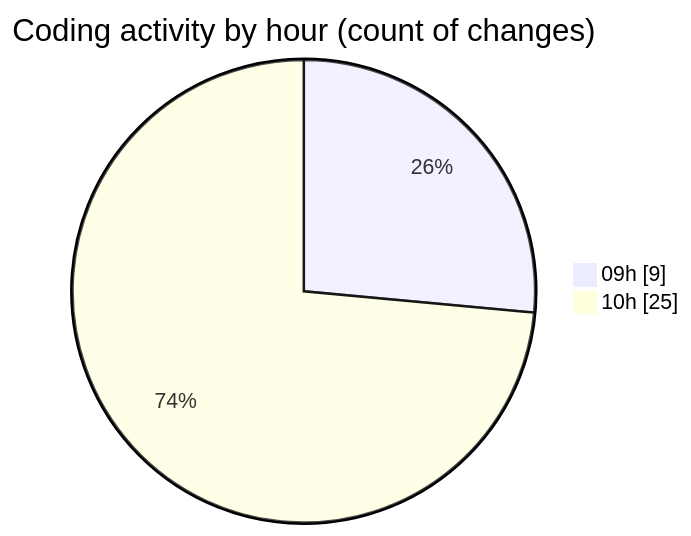
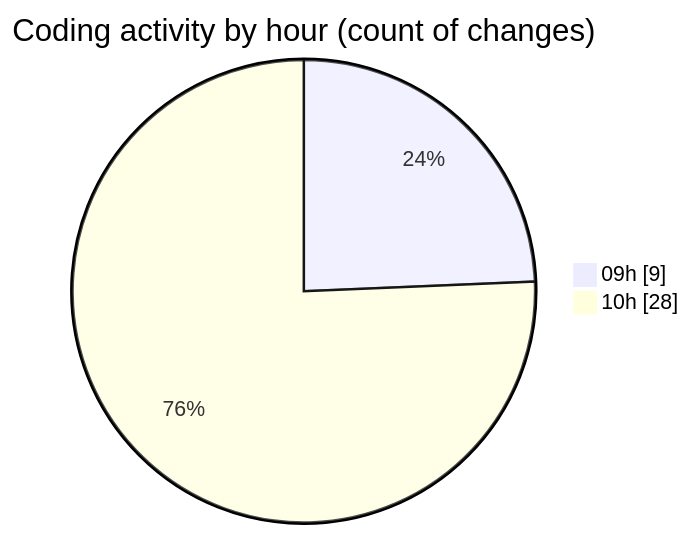
Before and after one commit to momahboobian/code-tracking: the second of 2 diagrams in 2025-09-18/cda/README.md, drawn with Mermaid. The commit also changed other lines of this file and 1 other file, not shown here.

````diff
--- a/2025-09-18/cda/README.md
+++ b/2025-09-18/cda/README.md
@@ -34,6 +34,6 @@
 ```mermaid
 pie showData
 title Coding activity by hour (count of changes)
 "09h" : 9
-"10h" : 25
+"10h" : 28
 ```
````
